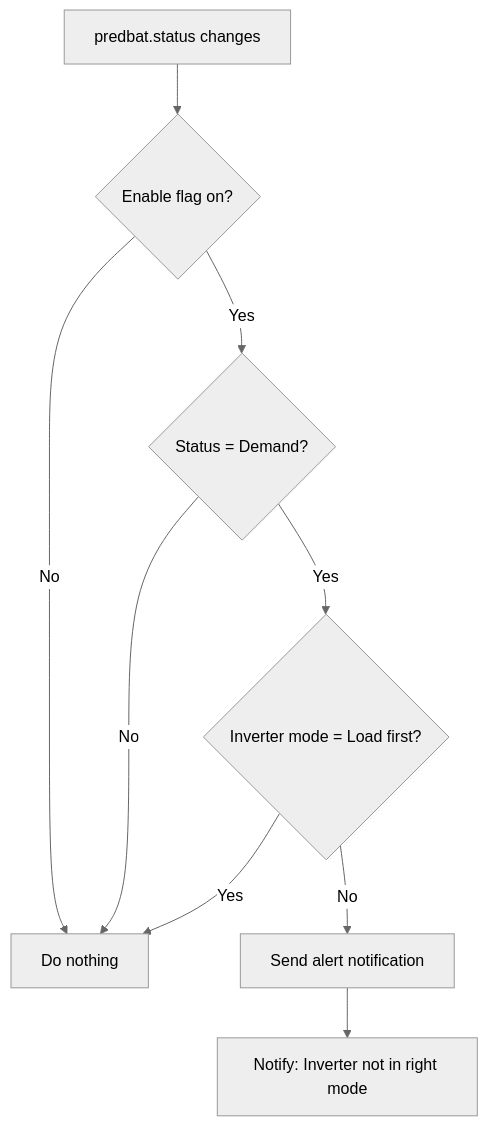
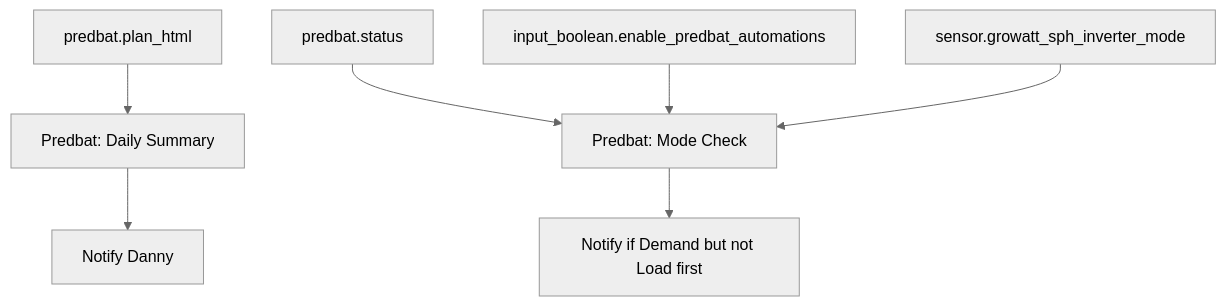
Before and after one commit to dannytsang/homeassistant-config: the diagram in packages/integrations/energy/predbat_README.md, drawn with Mermaid (neutral theme). The commit also changed other lines of this file and 60 other files, not shown here.

````diff
--- a/packages/integrations/energy/predbat_README.md
+++ b/packages/integrations/energy/predbat_README.md
@@ -92,11 +20,9 @@
 ```mermaid
-flowchart TD
-    A[predbat.status changes] --> B{Enable flag on?}
-    B -->|No| C[Do nothing]
-    B -->|Yes| D{Status = Demand?}
-    D -->|No| C
-    D -->|Yes| E{Inverter mode = Load first?}
-    E -->|Yes| C
-    E -->|No| F[Send alert notification]
-    F --> G[Notify: Inverter not in right mode]
+flowchart TB
+    Plan[predbat.plan_html] --> Daily[Predbat: Daily Summary]
+    Daily --> Notify[Notify Danny]
+    Status[predbat.status] --> Mode[Predbat: Mode Check]
+    Enable[input_boolean.enable_predbat_automations] --> Mode
+    Inverter[sensor.growatt_sph_inverter_mode] --> Mode
+    Mode --> Alert[Notify if Demand but not Load first]
 ```
````
